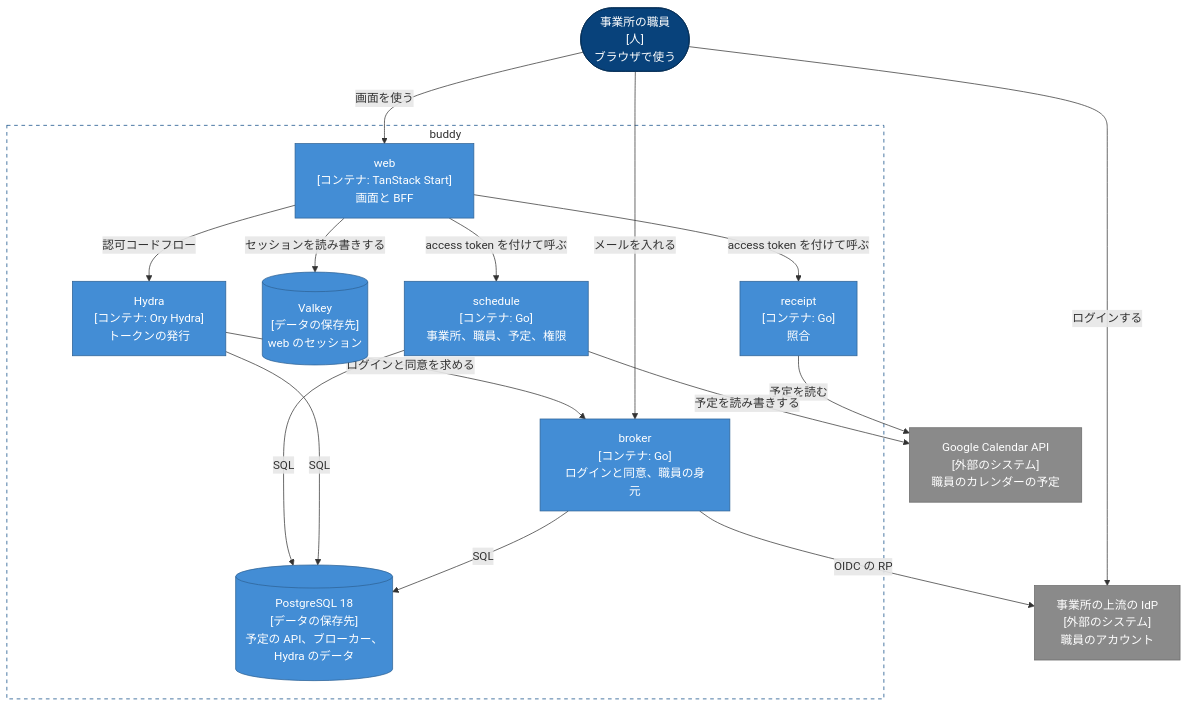
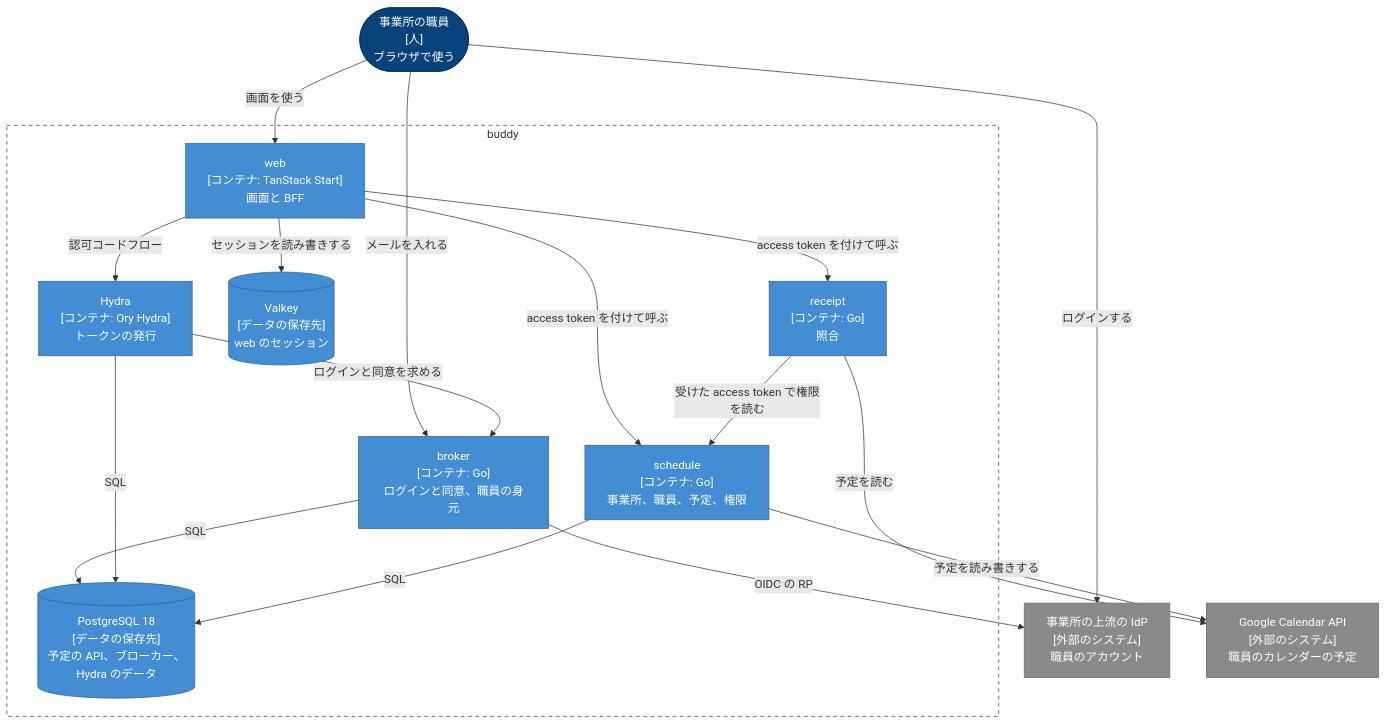
The diagram in docs/design/DesignDoc.md (Fukuemon/buddy), drawn with Mermaid before and after one commit. The commit also changed other lines of this file and 4 other files, not shown here.

````diff
--- a/docs/design/DesignDoc.md
+++ b/docs/design/DesignDoc.md
@@ -46,36 +46,37 @@
 ```mermaid
 flowchart TB
   staff(["事業所の職員<br/>[人]<br/>ブラウザで使う"])
   upstream["事業所の上流の IdP<br/>[外部のシステム]<br/>職員のアカウント"]
   subgraph buddy["buddy"]
     hydra["Hydra<br/>[コンテナ: Ory Hydra]<br/>トークンの発行"]
     broker["broker<br/>[コンテナ: Go]<br/>ログインと同意、職員の身元"]
     web["web<br/>[コンテナ: TanStack Start]<br/>画面と BFF"]
     valkey[("Valkey<br/>[データの保存先]<br/>web のセッション")]
     schedule["schedule<br/>[コンテナ: Go]<br/>事業所、職員、予定、権限"]
     receipt["receipt<br/>[コンテナ: Go]<br/>照合"]
     postgres[("PostgreSQL 18<br/>[データの保存先]<br/>予定の API、ブローカー、Hydra のデータ")]
   end
   gcal["Google Calendar API<br/>[外部のシステム]<br/>職員のカレンダーの予定"]
   staff -- "画面を使う" --> web
   staff -- "メールを入れる" --> broker
   staff -- "ログインする" --> upstream
   web -- "認可コードフロー" --> hydra
   hydra -- "ログインと同意を求める" --> broker
   broker -- "OIDC の RP" --> upstream
   broker -- "SQL" --> postgres
   hydra -- "SQL" --> postgres
   web -- "セッションを読み書きする" --> valkey
   web -- "access token を付けて呼ぶ" --> schedule
   web -- "access token を付けて呼ぶ" --> receipt
+  receipt -- "受けた access token で権限を読む" --> schedule
   schedule -- "SQL" --> postgres
   receipt -- "予定を読む" --> gcal
   schedule -- "予定を読み書きする" --> gcal
   classDef person fill:#08427b,stroke:#052e56,color:#fff
   classDef container fill:#438dd5,stroke:#2e6295,color:#fff
   classDef external fill:#8a8a8a,stroke:#6b6b6b,color:#fff
   class staff person
   class hydra,broker,web,valkey,schedule,receipt,postgres container
   class upstream,gcal external
   style buddy fill:none,stroke:#0b4884,stroke-dasharray:5 5
 ```
````
